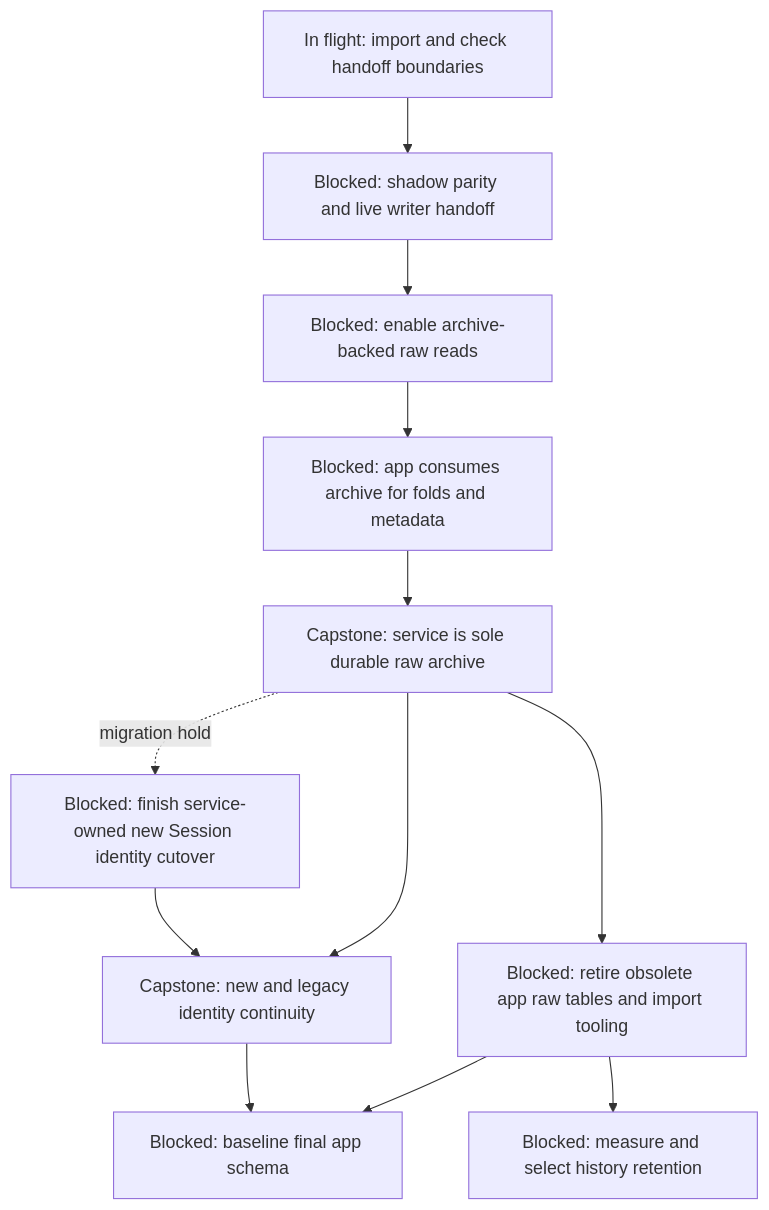
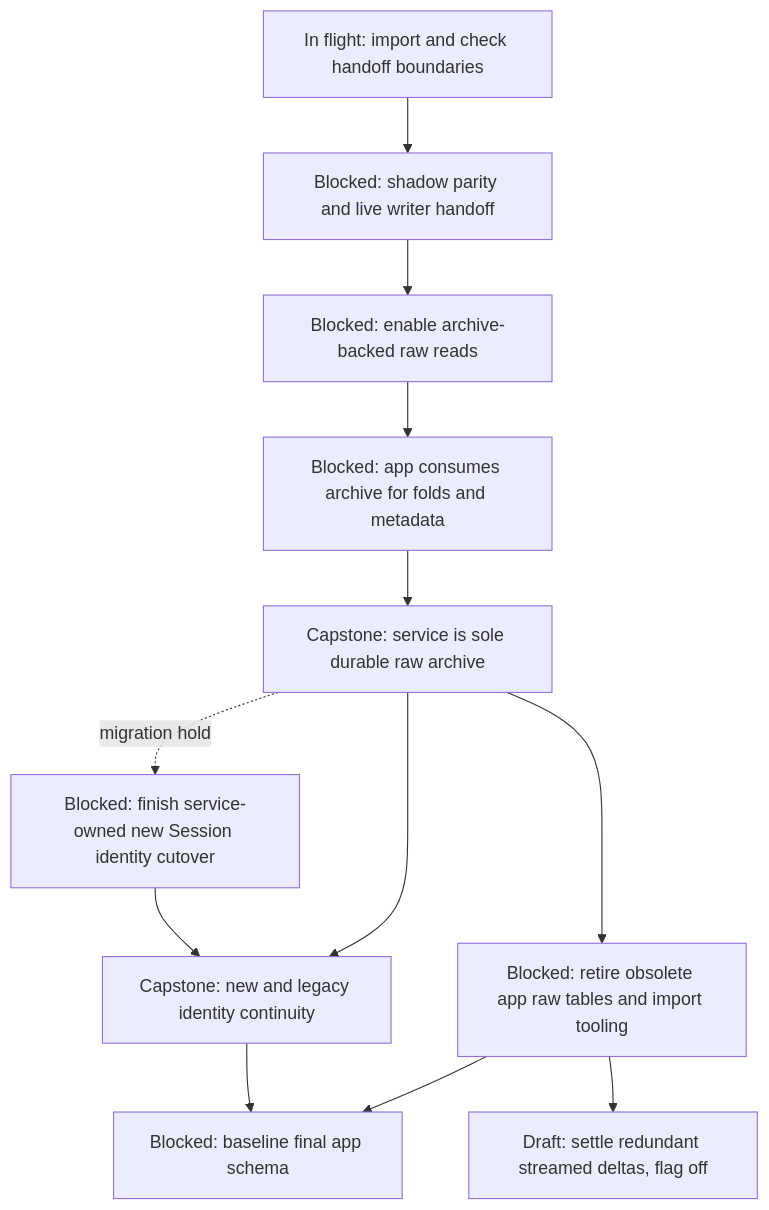
One commit to agentydragon-agent/ducktape changed the first of 7 diagrams in agentplane/plans/task_dag.md. Above: the diagram before and after it, drawn with Mermaid. The commit also changed other lines of this file, not shown here.

````diff
--- a/agentplane/plans/task_dag.md
+++ b/agentplane/plans/task_dag.md
@@ -59,24 +59,24 @@
 ```mermaid
 flowchart TD
     THREAD_ARCHIVE_BACKFILL[In flight: import and check handoff boundaries]
     THREAD_ARCHIVE_INGEST[Blocked: shadow parity and live writer handoff]
     THREAD_ARCHIVE_READ_CUTOVER[Blocked: enable archive-backed raw reads]
     THREAD_ARCHIVE_UI_CUTOVER[Blocked: app consumes archive for folds and metadata]
     THREAD_ARCHIVE_OWNERSHIP[Capstone: service is sole durable raw archive]
     APP_RAW_HISTORY_RETIRE[Blocked: retire obsolete app raw tables and import tooling]
     THREAD_IDENTITY_NEW[Blocked: finish service-owned new Session identity cutover]
     THREAD_EVENT_CONTINUITY[Capstone: new and legacy identity continuity]
     APP_ALEMBIC_SQUASH[Blocked: baseline final app schema]
-    SESSION_EVENT_RETENTION[Blocked: measure and select history retention]
+    SESSION_EVENT_RETENTION[Draft: settle redundant streamed deltas, flag off]
     THREAD_ARCHIVE_BACKFILL --> THREAD_ARCHIVE_INGEST
     THREAD_ARCHIVE_INGEST --> THREAD_ARCHIVE_READ_CUTOVER
     THREAD_ARCHIVE_READ_CUTOVER --> THREAD_ARCHIVE_UI_CUTOVER
     THREAD_ARCHIVE_UI_CUTOVER --> THREAD_ARCHIVE_OWNERSHIP
     THREAD_ARCHIVE_OWNERSHIP --> APP_RAW_HISTORY_RETIRE
     THREAD_ARCHIVE_OWNERSHIP -. migration hold .-> THREAD_IDENTITY_NEW
     THREAD_ARCHIVE_OWNERSHIP --> THREAD_EVENT_CONTINUITY
     THREAD_IDENTITY_NEW --> THREAD_EVENT_CONTINUITY
     APP_RAW_HISTORY_RETIRE --> APP_ALEMBIC_SQUASH
     THREAD_EVENT_CONTINUITY --> APP_ALEMBIC_SQUASH
     APP_RAW_HISTORY_RETIRE --> SESSION_EVENT_RETENTION
 ```
````
